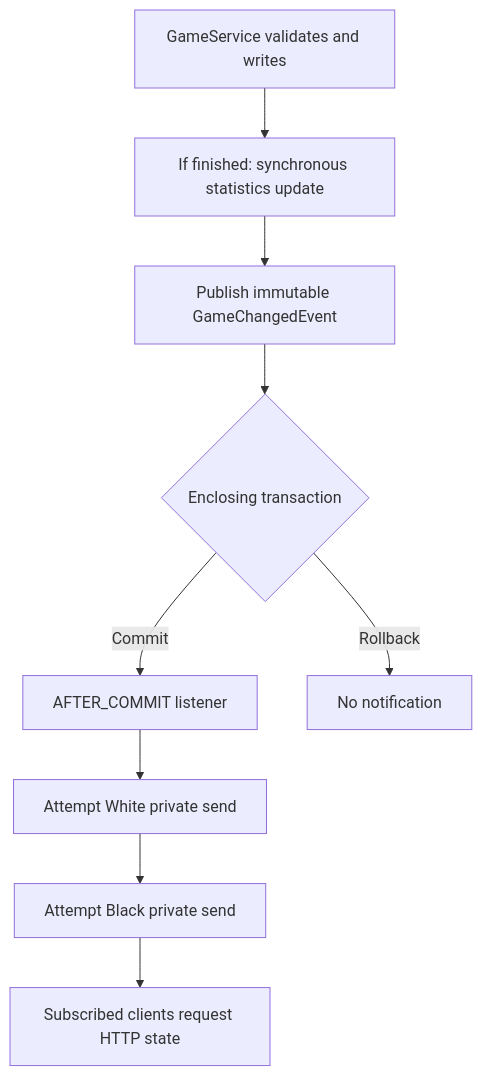
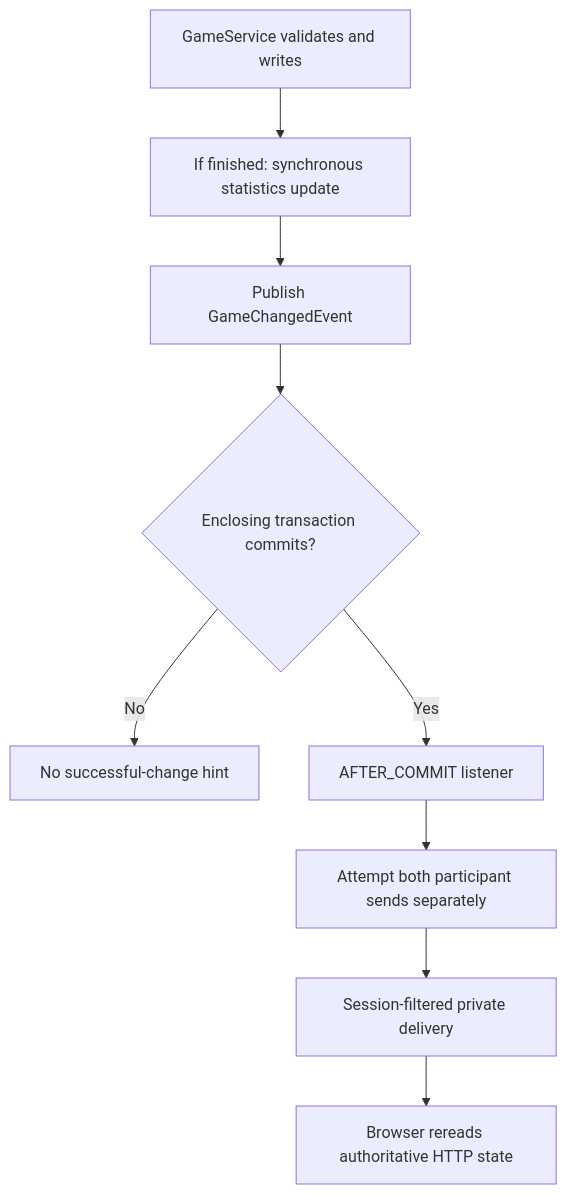
The diagram in docs/realtime-updates-flow.md (parisana/chess-web-app), drawn with Mermaid before and after one commit. The commit also changed other lines of this file and 19 other files, not shown here.

First line of the commit message:
docs: update Day 27 session authentication and tab synchronization flows

````diff
--- a/docs/realtime-updates-flow.md
+++ b/docs/realtime-updates-flow.md
@@ -50,11 +15,11 @@
 ```mermaid
 flowchart TD
     A["GameService validates and writes"] --> S["If finished: synchronous statistics update"]
-    S --> B["Publish immutable GameChangedEvent"]
-    B --> C{"Enclosing transaction"}
-    C -->|Commit| D["AFTER_COMMIT listener"]
-    C -->|Rollback| E["No notification"]
-    D --> F["Attempt White private send"]
-    F --> G["Attempt Black private send"]
-    G --> H["Subscribed clients request HTTP state"]
+    S --> B["Publish GameChangedEvent"]
+    B --> C{"Enclosing transaction commits?"}
+    C -->|No| E["No successful-change hint"]
+    C -->|Yes| D["AFTER_COMMIT listener"]
+    D --> F["Attempt both participant sends separately"]
+    F --> G["Session-filtered private delivery"]
+    G --> H["Browser rereads authoritative HTTP state"]
 ```
````
